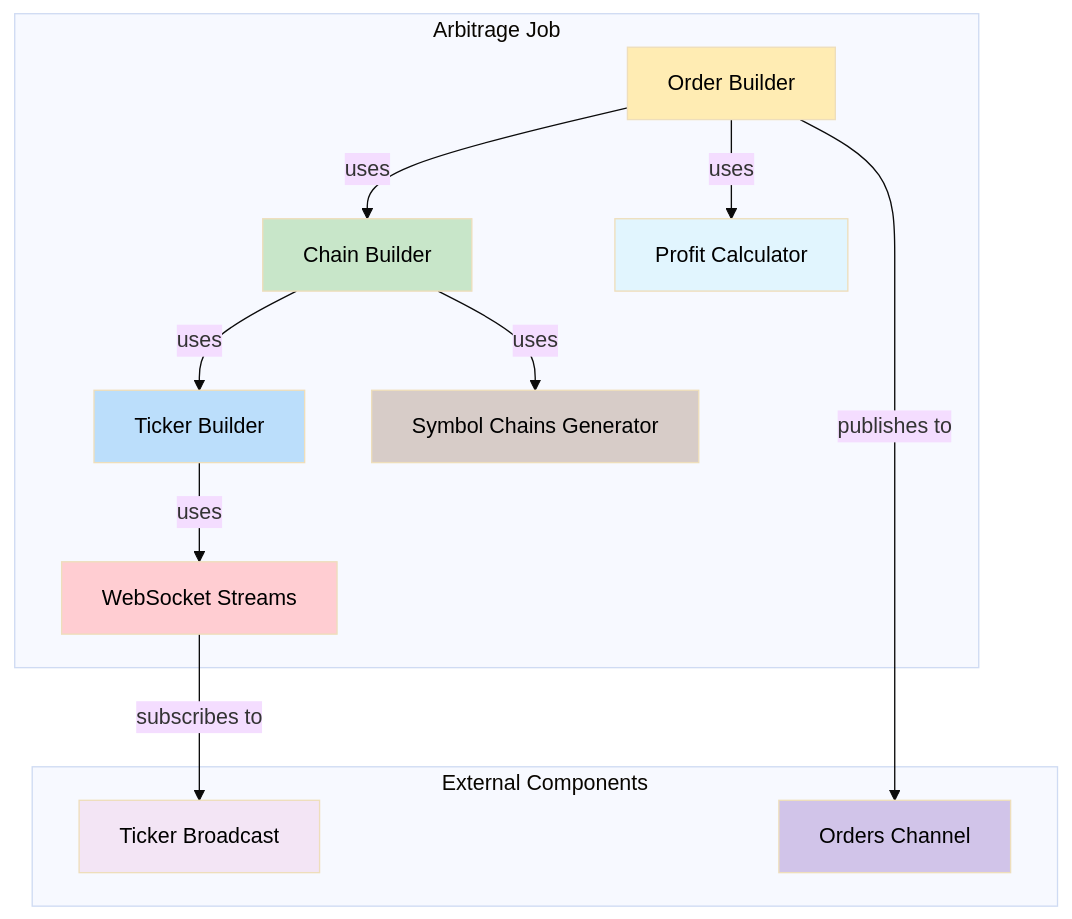
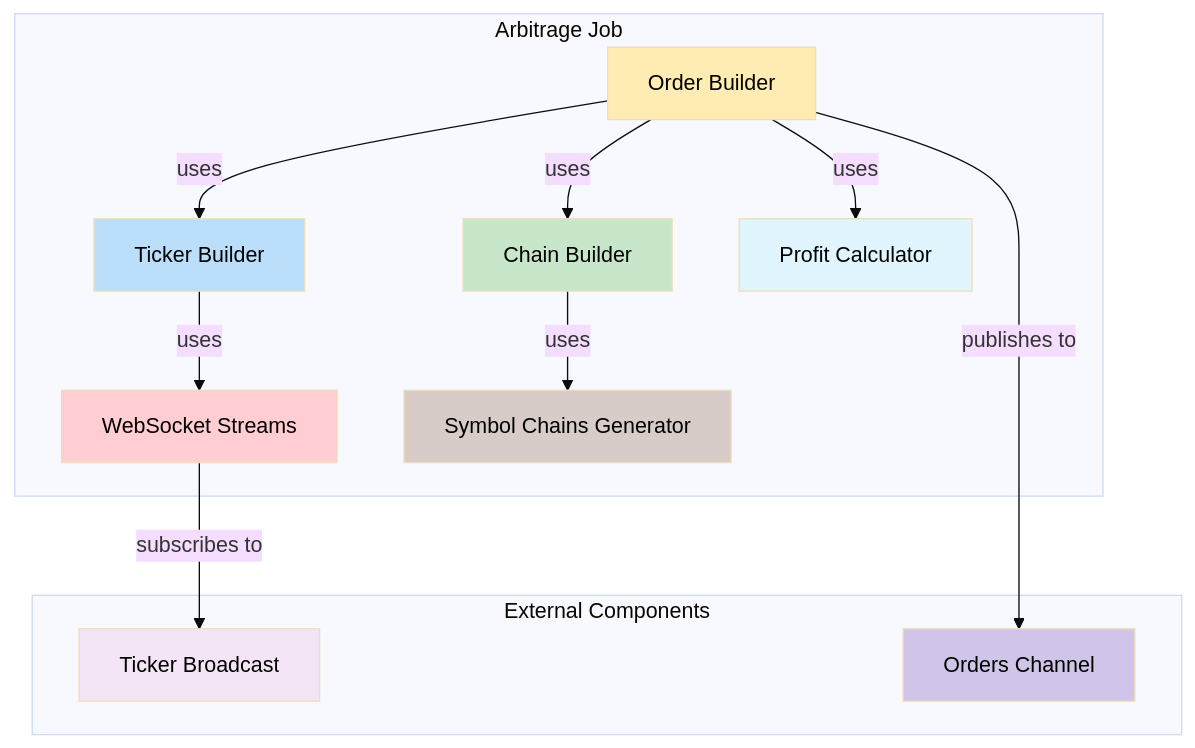
One commit to mkbeh/arb-bot-rs changed the fourth of 6 diagrams in README.md. Above: the diagram before and after it, drawn with Mermaid (base theme). The commit also changed other lines of this file, not shown here.

````diff
--- a/README.md
+++ b/README.md
@@ -180,32 +181,33 @@
 ```mermaid
 flowchart TB
     subgraph ArbitrageJob[Arbitrage Job]
         TickerBuilder[Ticker Builder]
         ChainBuilder[Chain Builder]
         OrderBuilder[Order Builder]
+        ProfitCalculator[Profit Calculator]
         WSStreams[WebSocket Streams]
         SymbolChains[Symbol Chains Generator]
-        ProfitCalculator[Profit Calculator]
+    %% Corrected connections based on your feedback
         TickerBuilder -->|uses| WSStreams
         ChainBuilder -->|uses| SymbolChains
-        ChainBuilder -->|uses| TickerBuilder
+        OrderBuilder -->|uses| TickerBuilder
         OrderBuilder -->|uses| ChainBuilder
         OrderBuilder -->|uses| ProfitCalculator
     end
 
     subgraph External[External Components]
         Broadcast[Ticker Broadcast]
         OrdersChan[Orders Channel]
     end
 
     WSStreams -->|subscribes to| Broadcast
     OrderBuilder -->|publishes to| OrdersChan
     style TickerBuilder fill: #bbdefb, color: #000000
     style ChainBuilder fill: #c8e6c9, color: #000000
     style OrderBuilder fill: #ffecb3, color: #000000
+    style ProfitCalculator fill: #e1f5fe, color: #000000
     style WSStreams fill: #ffcdd2, color: #000000
     style SymbolChains fill: #d7ccc8, color: #000000
-    style ProfitCalculator fill: #e1f5fe, color: #000000
     style Broadcast fill: #f3e5f5, color: #000000
     style OrdersChan fill: #d1c4e9, color: #000000
 ```
````
